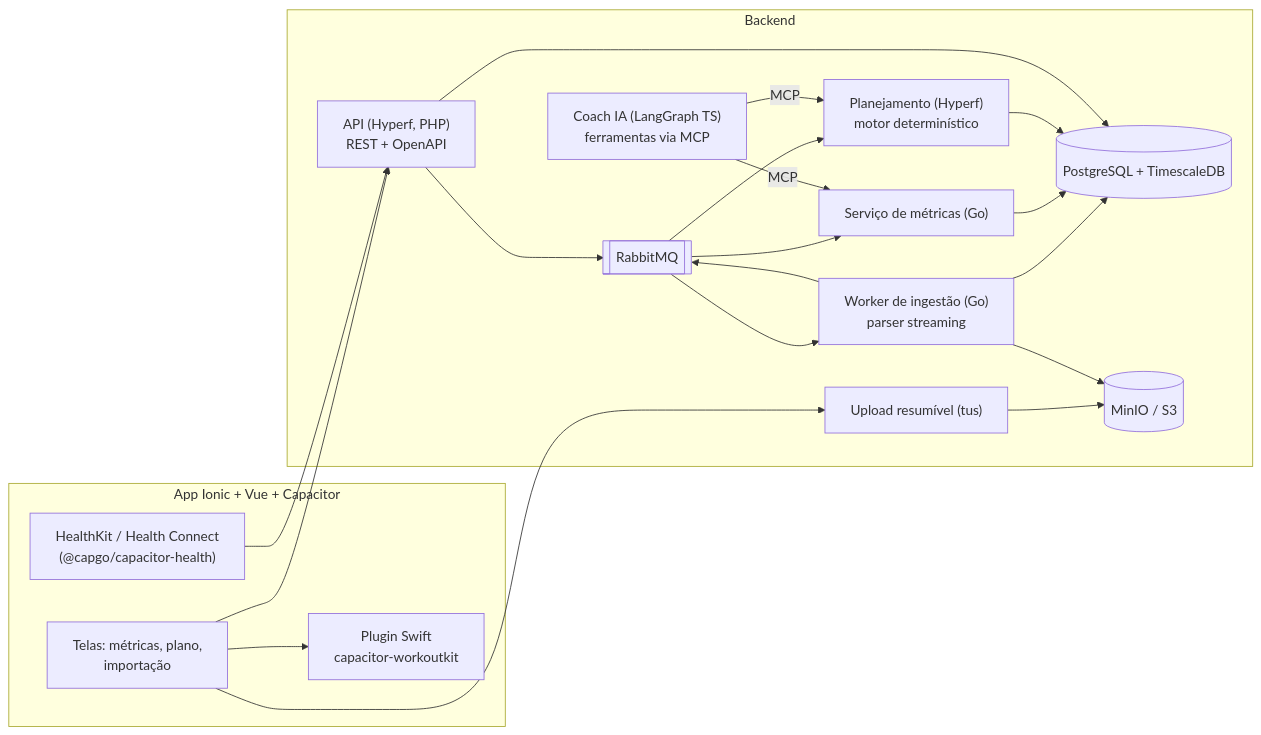
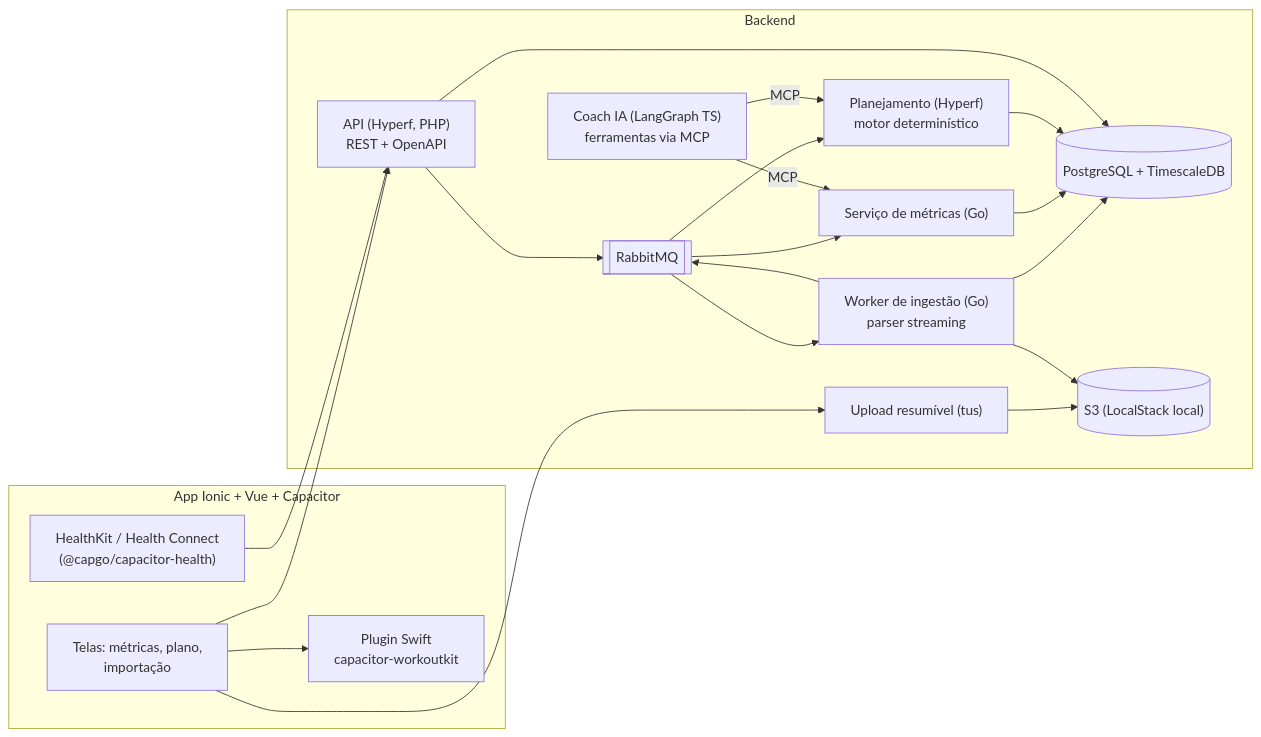
One commit to JohnnyMatteus/athlete-training-platform changed the first of 3 diagrams in docs/design-doc.md. Above: the diagram before and after it, drawn with Mermaid. The commit also changed other lines of this file and 17 other files, not shown here.

First line of the commit message:
feat(infra): troca o S3 local por LocalStack e prova no CI

````diff
--- a/docs/design-doc.md
+++ b/docs/design-doc.md
@@ -66,38 +66,38 @@
 ```mermaid
 flowchart LR
   subgraph APP["App Ionic + Vue + Capacitor"]
     HK["HealthKit / Health Connect<br/>(@capgo/capacitor-health)"]
     WK["Plugin Swift<br/>capacitor-workoutkit"]
     UI["Telas: métricas, plano,<br/>importação"]
   end
 
   subgraph BE["Backend"]
     API["API (Hyperf, PHP)<br/>REST + OpenAPI"]
     TUS["Upload resumível (tus)"]
     ING["Worker de ingestão (Go)<br/>parser streaming"]
     MET["Serviço de métricas (Go)"]
     PLAN["Planejamento (Hyperf)<br/>motor determinístico"]
     COACH["Coach IA (LangGraph TS)<br/>ferramentas via MCP"]
     MQ[["RabbitMQ"]]
     PG[("PostgreSQL + TimescaleDB")]
-    S3[("MinIO / S3")]
+    S3[("S3 (LocalStack local)")]
   end
 
   UI --> API
   HK --> API
   UI --> TUS
   UI --> WK
   TUS --> S3
   API --> MQ
   MQ --> ING
   ING --> S3
   ING --> PG
   ING --> MQ
   MQ --> MET
   MET --> PG
   MQ --> PLAN
   PLAN --> PG
   API --> PG
   COACH -->|MCP| PLAN
   COACH -->|MCP| MET
 ```
````
